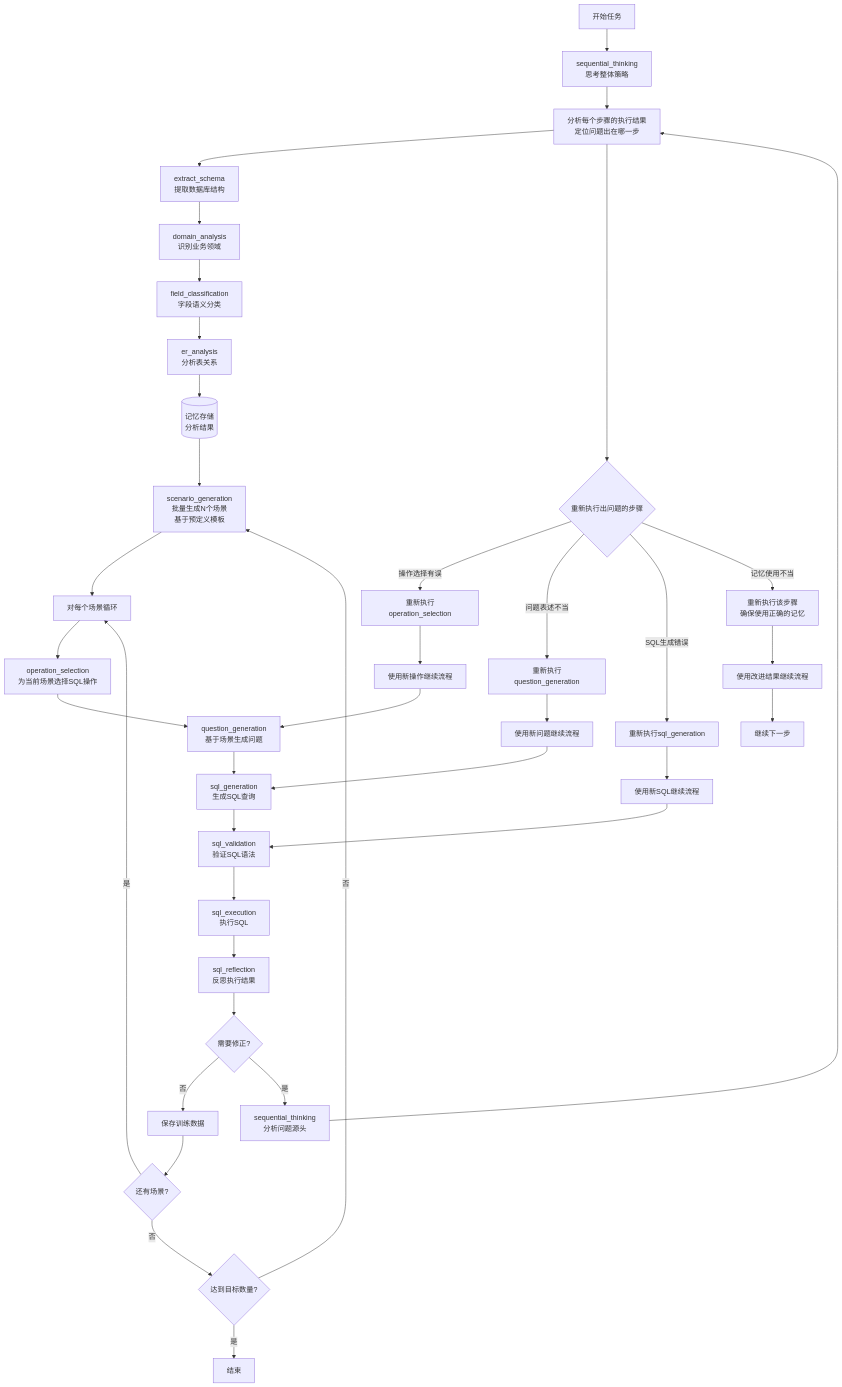
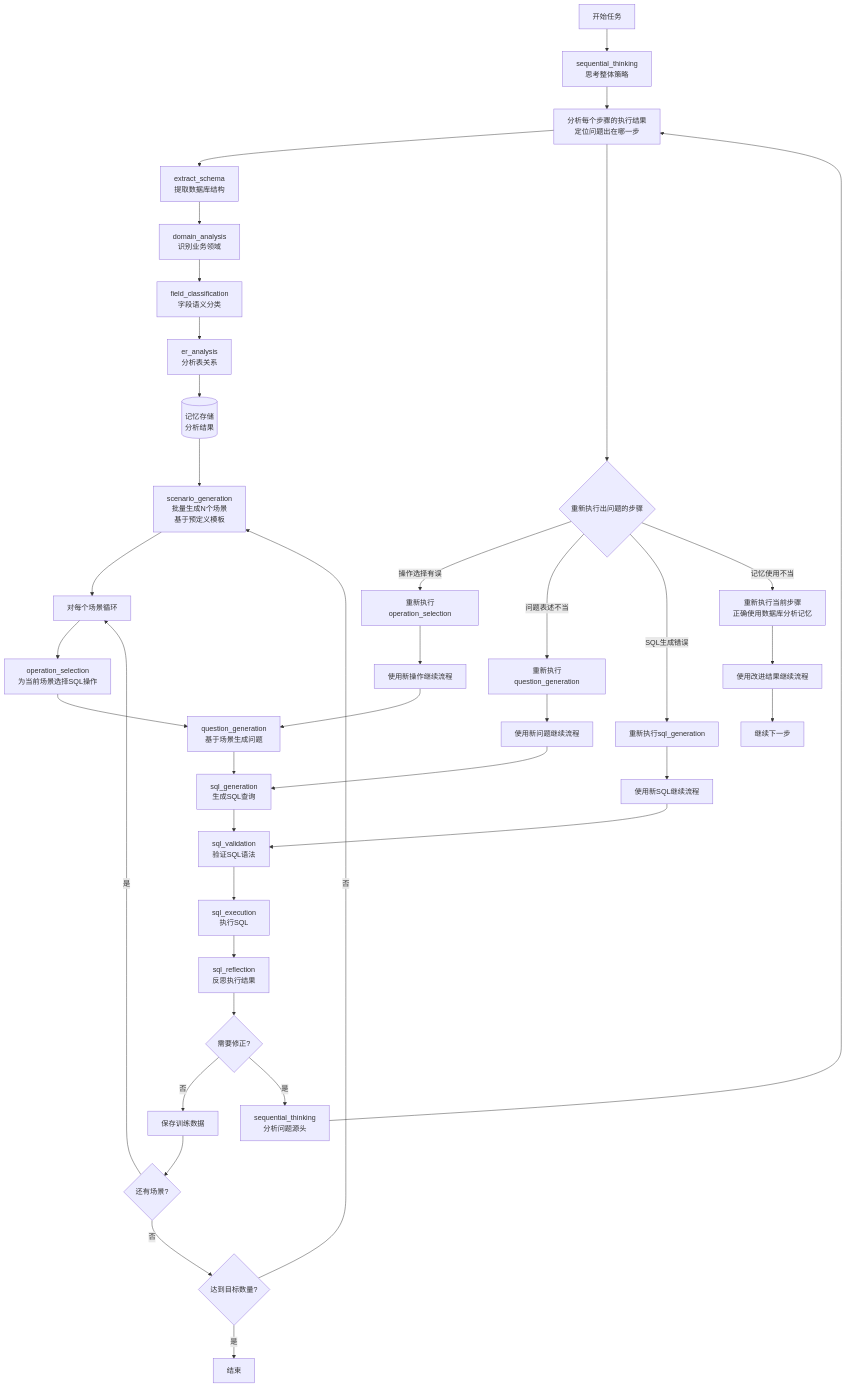
One commit to lizhenping/SemanticSQL-Agent changed the diagram in semanticsql-agent/.doc/semanticsql-agent_DESIGN_SPEC.md. Above: the diagram before and after it, drawn with Mermaid. The commit also changed other lines of this file, not shown here.

Commit message:
Update design spec with improved SQL reflection and memory usage examples

````diff
--- a/semanticsql-agent/.doc/semanticsql-agent_DESIGN_SPEC.md
+++ b/semanticsql-agent/.doc/semanticsql-agent_DESIGN_SPEC.md
@@ -70,49 +70,49 @@
 ```mermaid
 graph TB
     Start[开始任务] --> Think1[sequential_thinking<br/>思考整体策略]
     Think1 --> Analyze[数据库分析阶段<br/>只执行一次]
     
     Analyze --> Schema[extract_schema<br/>提取数据库结构]
     Schema --> Domain[domain_analysis<br/>识别业务领域]
     Domain --> Field[field_classification<br/>字段语义分类]
     Field --> ER[er_analysis<br/>分析表关系]
     ER --> Memory[(记忆存储<br/>分析结果)]
     
     Memory --> ScenarioBatch[scenario_generation<br/>批量生成N个场景<br/>基于预定义模板]
     
     ScenarioBatch --> ScenarioLoop[对每个场景循环]
     ScenarioLoop --> Operation[operation_selection<br/>为当前场景选择SQL操作]
     Operation --> Question[question_generation<br/>基于场景生成问题]
     Question --> SQL[sql_generation<br/>生成SQL查询]
     SQL --> Validate[sql_validation<br/>验证SQL语法]
     Validate --> Execute[sql_execution<br/>执行SQL]
     Execute --> Reflect[sql_reflection<br/>反思执行结果]
     
     Reflect --> Judge{需要修正?}
     Judge -->|否| Save[保存训练数据]
     Judge -->|是| ThinkFix[sequential_thinking<br/>分析问题源头]
     
     ThinkFix --> Analyze[分析每个步骤的执行结果<br/>定位问题出在哪一步]
     
     Analyze --> ReDo{重新执行出问题的步骤}
     ReDo -->|操作选择有误| ReOperation[重新执行operation_selection]
     ReDo -->|问题表述不当| ReQuestion[重新执行question_generation]
     ReDo -->|SQL生成错误| ReSQL[重新执行sql_generation]
-    ReDo -->|记忆使用不当| ReMemory[重新执行该步骤<br/>确保使用正确的记忆]
+    ReDo -->|记忆使用不当| ReMemory[重新执行当前步骤<br/>正确使用数据库分析记忆]
     
     ReOperation --> Continue1[使用新操作继续流程]
     ReQuestion --> Continue2[使用新问题继续流程]
     ReSQL --> Continue3[使用新SQL继续流程]
     ReMemory --> Continue4[使用改进结果继续流程]
     
     Continue1 --> Question
     Continue2 --> SQL
     Continue3 --> Validate
     Continue4 --> NextStep[继续下一步]
     
     Save --> NextScenario{还有场景?}
     NextScenario -->|是| ScenarioLoop
     NextScenario -->|否| CheckCount{达到目标数量?}
     CheckCount -->|否| ScenarioBatch
     CheckCount -->|是| End[结束]
 ```
````
